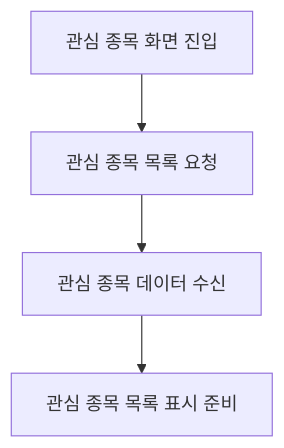
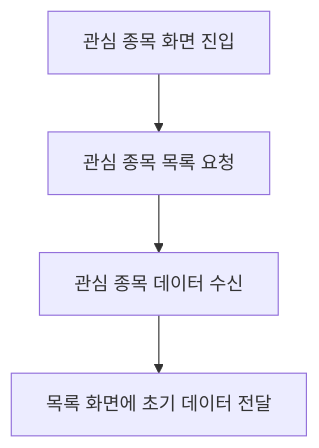
One commit to poi277/StockProject changed the diagram in StockFrontEnd/docs/08-watchlist.md. Above: the diagram before and after it, drawn with Mermaid. The commit also changed other lines of this file and 49 other files, not shown here.

````diff
--- a/StockFrontEnd/docs/08-watchlist.md
+++ b/StockFrontEnd/docs/08-watchlist.md
@@ -64,6 +80,6 @@
 ```mermaid
 flowchart TD
   Page["관심 종목 화면 진입"] --> API["관심 종목 목록 요청"]
-  API --> Endpoint["관심 종목 데이터 수신"]
-  Endpoint --> Form["관심 종목 목록 표시 준비"]
+  API --> Data["관심 종목 데이터 수신"]
+  Data --> Form["목록 화면에 초기 데이터 전달"]
 ```
````
